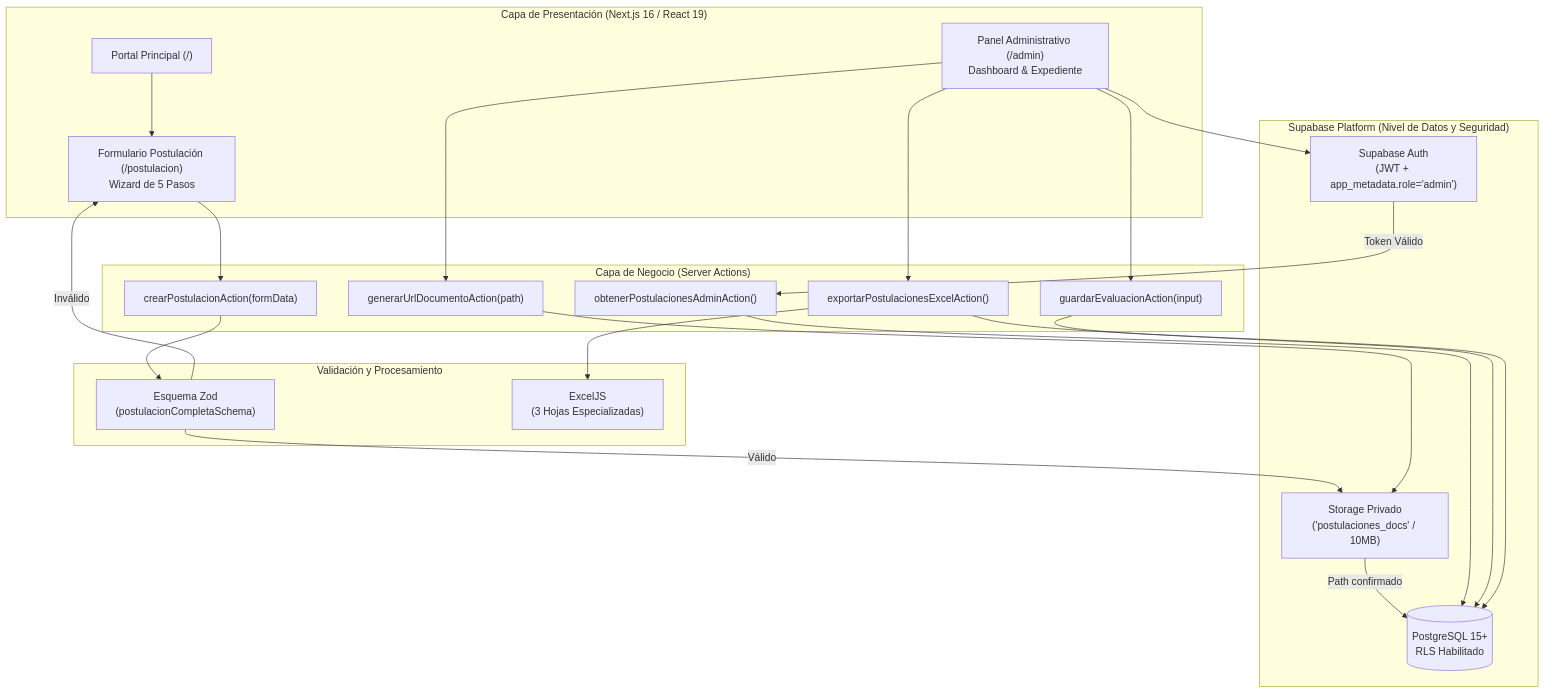
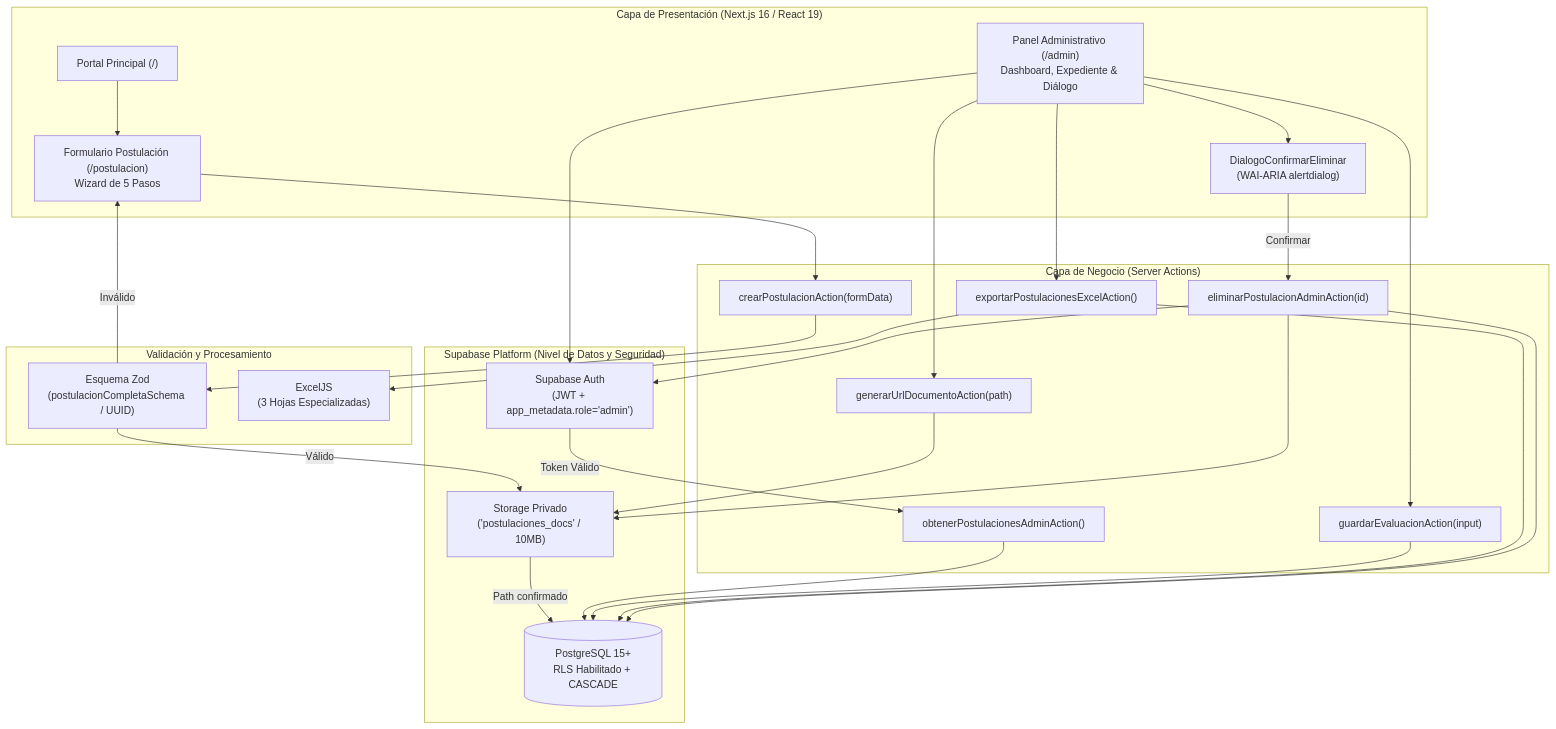
The first of 5 diagrams in docs/arquitectura-sistema.md (fabricasoftware-uac/landing_bootcamp_innova), drawn with Mermaid before and after one commit. The commit also changed other lines of this file and 12 other files, not shown here.

Commit message:
feat: permitir eliminacion permanente de postulaciones con depuracion de storage en panel admin

````diff
--- a/docs/arquitectura-sistema.md
+++ b/docs/arquitectura-sistema.md
@@ -33,45 +33,53 @@
 ```mermaid
 flowchart TD
     subgraph Frontend["Capa de Presentación (Next.js 16 / React 19)"]
         Landing["Portal Principal (/)"]
         FormWizard["Formulario Postulación (/postulacion)<br/>Wizard de 5 Pasos"]
-        AdminDashboard["Panel Administrativo (/admin)<br/>Dashboard & Expediente"]
+        AdminDashboard["Panel Administrativo (/admin)<br/>Dashboard, Expediente & Diálogo"]
+        DialogoEliminar["DialogoConfirmarEliminar<br/>(WAI-ARIA alertdialog)"]
     end
 
     subgraph ServerActions["Capa de Negocio (Server Actions)"]
         ActionPostulacion["crearPostulacionAction(formData)"]
         ActionAdminList["obtenerPostulacionesAdminAction()"]
         ActionSignedUrl["generarUrlDocumentoAction(path)"]
         ActionEval["guardarEvaluacionAction(input)"]
         ActionExcel["exportarPostulacionesExcelAction()"]
+        ActionDelete["eliminarPostulacionAdminAction(id)"]
     end
 
     subgraph Validacion["Validación y Procesamiento"]
-        ZodEngine["Esquema Zod<br/>(postulacionCompletaSchema)"]
+        ZodEngine["Esquema Zod<br/>(postulacionCompletaSchema / UUID)"]
         ExcelEngine["ExcelJS<br/>(3 Hojas Especializadas)"]
     end
 
     subgraph SupabasePlatform["Supabase Platform (Nivel de Datos y Seguridad)"]
         AuthService["Supabase Auth<br/>(JWT + app_metadata.role='admin')"]
         PrivateStorage["Storage Privado<br/>('postulaciones_docs' / 10MB)"]
-        PostgresDB[("PostgreSQL 15+<br/>RLS Habilitado")]
+        PostgresDB[("PostgreSQL 15+<br/>RLS Habilitado + CASCADE")]
     end
 
     Landing --> FormWizard
     FormWizard --> ActionPostulacion
     ActionPostulacion --> ZodEngine
     ZodEngine -->|Válido| PrivateStorage
     ZodEngine -->|Inválido| FormWizard
     PrivateStorage -->|Path confirmado| PostgresDB
 
     AdminDashboard --> AuthService
     AuthService -->|Token Válido| ActionAdminList
     ActionAdminList --> PostgresDB
     AdminDashboard --> ActionSignedUrl
     ActionSignedUrl --> PrivateStorage
     AdminDashboard --> ActionEval
     ActionEval --> PostgresDB
     AdminDashboard --> ActionExcel
     ActionExcel --> PostgresDB
     ActionExcel --> ExcelEngine
+
+    AdminDashboard --> DialogoEliminar
+    DialogoEliminar -->|Confirmar| ActionDelete
+    ActionDelete --> AuthService
+    ActionDelete --> PrivateStorage
+    ActionDelete --> PostgresDB
 ```
````
